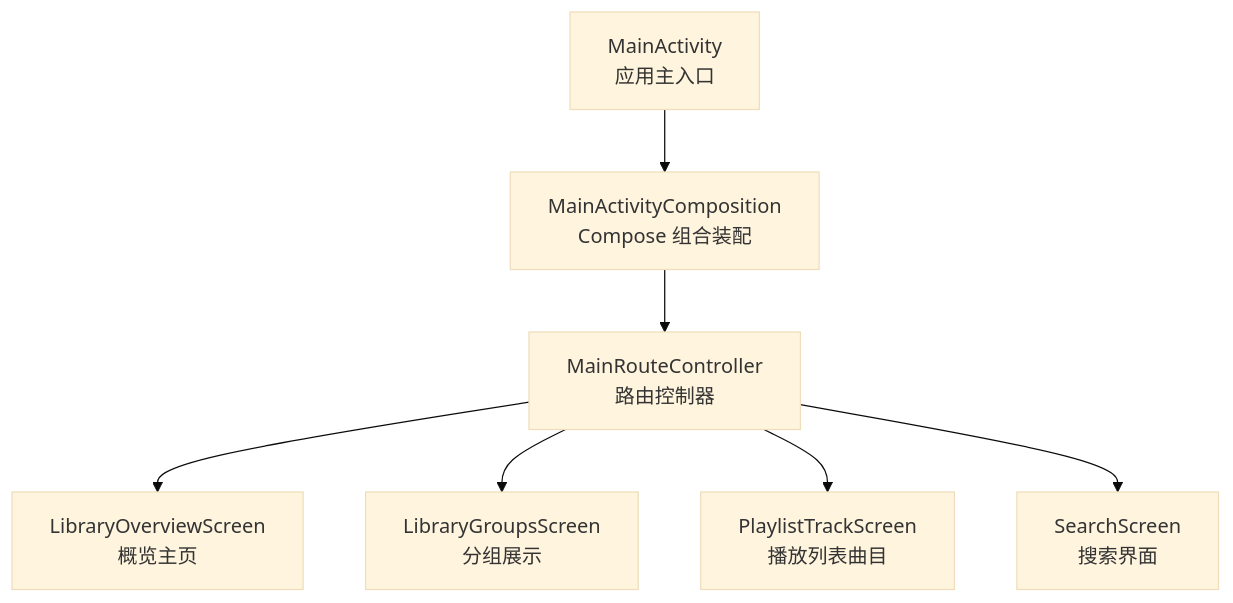
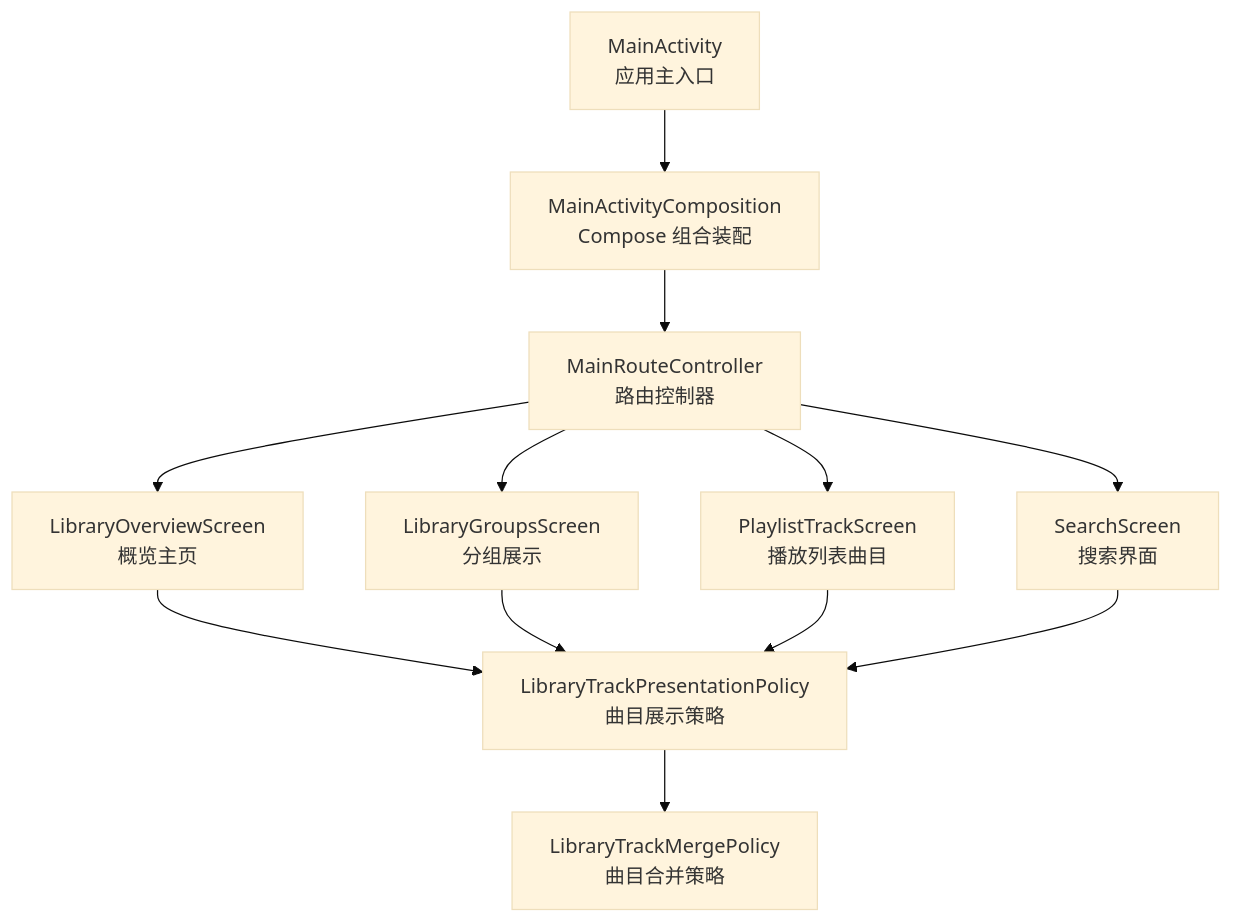
One commit to ysyhlly/Yukine-android changed the first of 10 diagrams in .qoder/repowiki/zh/content/用户界面/音乐库界面.md. Above: the diagram before and after it, drawn with Mermaid (base theme). The commit also changed other lines of this file and 254 other files, not shown here.

````diff
--- a/.qoder/repowiki/zh/content/用户界面/音乐库界面.md
+++ b/.qoder/repowiki/zh/content/用户界面/音乐库界面.md
@@ -47,9 +61,14 @@
 ```mermaid
 graph TB
 A["MainActivity<br/>应用主入口"] --> B["MainActivityComposition<br/>Compose 组合装配"]
 B --> C["MainRouteController<br/>路由控制器"]
 C --> D["LibraryOverviewScreen<br/>概览主页"]
 C --> E["LibraryGroupsScreen<br/>分组展示"]
 C --> F["PlaylistTrackScreen<br/>播放列表曲目"]
 C --> G["SearchScreen<br/>搜索界面"]
+D --> H["LibraryTrackPresentationPolicy<br/>曲目展示策略"]
+E --> H
+F --> H
+G --> H
+H --> I["LibraryTrackMergePolicy<br/>曲目合并策略"]
 ```
````
